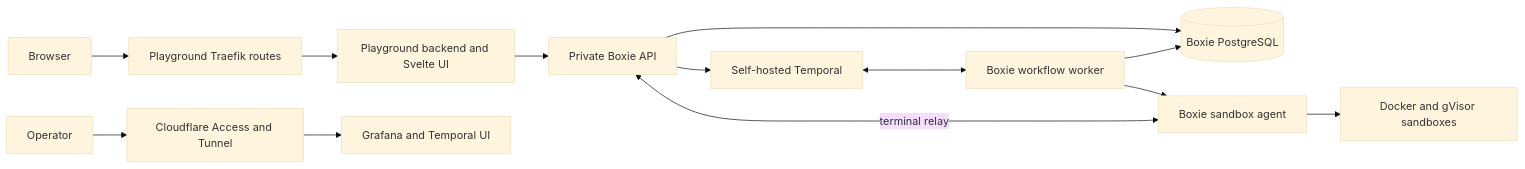
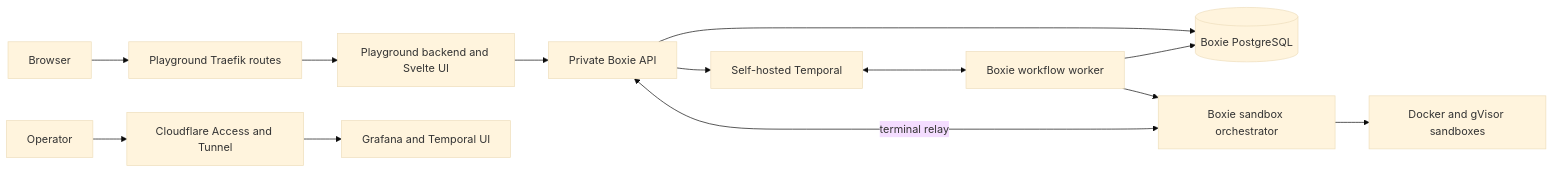
The diagram in docs/superpowers/specs/2026-10-15-boxie-design.md (di-rs/clis), drawn with Mermaid (base theme) before and after one commit. The commit also changed other lines of this file and 59 other files, not shown here.

Commit message:
♻️ Clarify Boxie orchestration and simplify sandbox CI

````diff
--- a/docs/superpowers/specs/2026-10-15-boxie-design.md
+++ b/docs/superpowers/specs/2026-10-15-boxie-design.md
@@ -53,15 +53,15 @@
 ```mermaid
 flowchart LR
     Browser[Browser] --> Ingress[Playground Traefik routes]
     Ingress --> Playground[Playground backend and Svelte UI]
     Playground --> API[Private Boxie API]
     API --> DB[(Boxie PostgreSQL)]
     API --> Temporal[Self-hosted Temporal]
     Temporal <--> Worker[Boxie workflow worker]
-    Worker --> Agent[Boxie sandbox agent]
-    API <-->|terminal relay| Agent
-    Agent --> Docker[Docker and gVisor sandboxes]
+    Worker --> Orchestrator[Boxie sandbox orchestrator]
+    API <-->|terminal relay| Orchestrator
+    Orchestrator --> Docker[Docker and gVisor sandboxes]
     Worker --> DB
     Operator[Operator] --> Access[Cloudflare Access and Tunnel]
     Access --> Dashboards[Grafana and Temporal UI]
 ```
````
